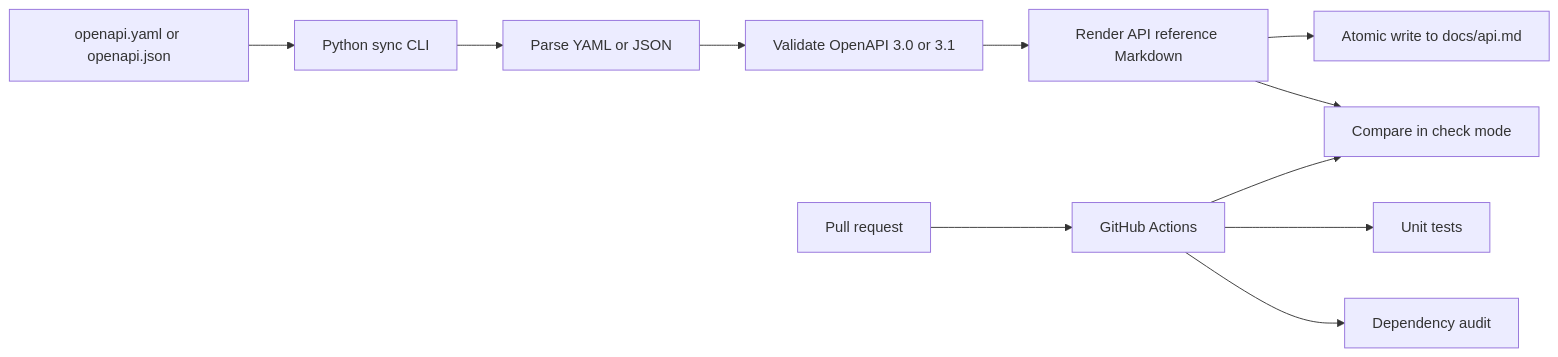
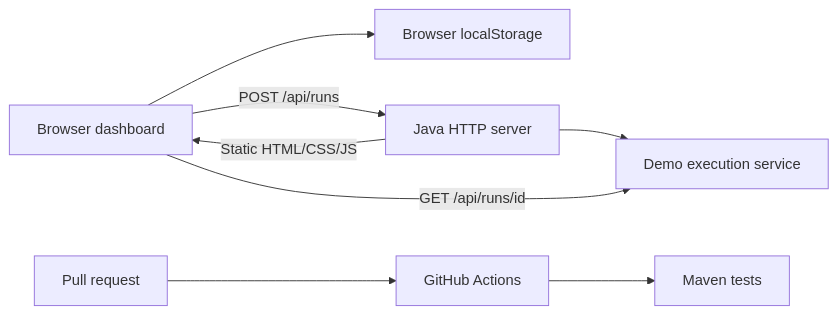
One commit to akashvikram249/capstone changed the diagram in architecture.md. Above: the diagram before and after it, drawn with Mermaid. The commit also changed other lines of this file and 28 other files, not shown here.

````diff
--- a/architecture.md
+++ b/architecture.md
@@ -7,13 +7,10 @@
 ```mermaid
 flowchart LR
-    Spec[openapi.yaml or openapi.json] --> CLI[Python sync CLI]
-    CLI --> Parse[Parse YAML or JSON]
-    Parse --> Validate[Validate OpenAPI 3.0 or 3.1]
-    Validate --> Render[Render API reference Markdown]
-    Render --> Write[Atomic write to docs/api.md]
-    Render --> Check[Compare in check mode]
+    Browser[Browser dashboard] --> Local[Browser localStorage]
+    Browser -->|POST /api/runs| Server[Java HTTP server]
+    Server --> Runner[Demo execution service]
+    Browser -->|GET /api/runs/id| Runner
+    Server -->|Static HTML/CSS/JS| Browser
     PR[Pull request] --> Actions[GitHub Actions]
-    Actions --> Tests[Unit tests]
-    Actions --> Check
-    Actions --> Audit[Dependency audit]
+    Actions --> Tests[Maven tests]
 ```
````
